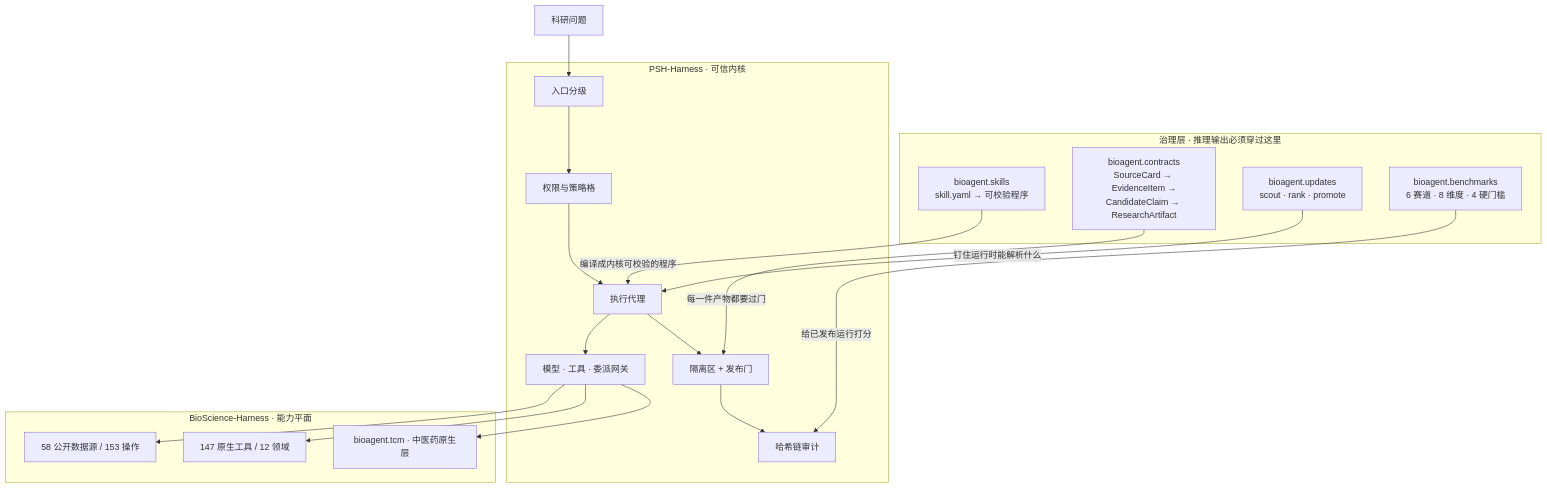
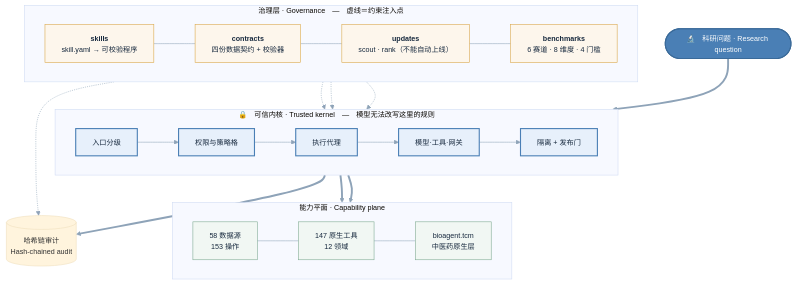
The first of 2 diagrams in README.md (rachael1216/TCMScience), drawn with Mermaid before and after one commit. The commit also changed other lines of this file, not shown here.

First line of the commit message:
Lead with the authors, and redraw the architecture diagram

````diff
--- a/README.md
+++ b/README.md
@@ -143,36 +153,44 @@
 ```mermaid
+%%{init: {"theme":"base","themeVariables":{"fontFamily":"Inter, -apple-system, sans-serif","fontSize":"13px","lineColor":"#8ea3b8"}}}%%
 flowchart TB
-    U["科研问题"]
+    Q(["🔬　科研问题 · Research question"])
 
-    subgraph GOV["治理层 · 推理输出必须穿过这里"]
-        SKILLS["bioagent.skills<br/>skill.yaml → 可校验程序"]
-        CONTRACTS["bioagent.contracts<br/>SourceCard → EvidenceItem →<br/>CandidateClaim → ResearchArtifact"]
-        UPDATES["bioagent.updates<br/>scout · rank · promote"]
-        BENCH["bioagent.benchmarks<br/>6 赛道 · 8 维度 · 4 硬门槛"]
+    subgraph GOV["治理层 · Governance　—　虚线＝约束注入点"]
+        direction LR
+        G1["<b>skills</b><br/>skill.yaml → 可校验程序"]
+        G2["<b>contracts</b><br/>四份数据契约 + 校验器"]
+        G3["<b>updates</b><br/>scout · rank（不能自动上线）"]
+        G4["<b>benchmarks</b><br/>6 赛道 · 8 维度 · 4 门槛"]
+        G1 --- G2 --- G3 --- G4
     end
 
-    subgraph PSH["PSH-Harness · 可信内核"]
-        ING["入口分级"]
-        AUTH["权限与策略格"]
-        BROKER["执行代理"]
-        GATE["模型 · 工具 · 委派网关"]
-        Q["隔离区 + 发布门"]
-        AUDIT["哈希链审计"]
+    subgraph PSH["🔒　可信内核 · Trusted kernel　—　模型无法改写这里的规则"]
+        direction LR
+        P1["入口分级"] --> P2["权限与策略格"] --> P3["执行代理"] --> P4["模型·工具·网关"] --> P5["隔离 + 发布门"]
     end
 
-    subgraph BIO["BioScience-Harness · 能力平面"]
-        SRC["58 公开数据源 / 153 操作"]
-        TOOL["147 原生工具 / 12 领域"]
-        TCM["bioagent.tcm · 中医药原生层"]
+    subgraph BIO["能力平面 · Capability plane"]
+        direction LR
+        B1["58 数据源<br/>153 操作"] --- B2["147 原生工具<br/>12 领域"] --- B3["bioagent.tcm<br/>中医药原生层"]
     end
 
-    U --> ING --> AUTH --> BROKER --> GATE
-    SKILLS -->|编译成内核可校验的程序| BROKER
-    CONTRACTS -->|每一件产物都要过门| Q
-    UPDATES -->|钉住运行时能解析什么| BROKER
-    BENCH -->|给已发布运行打分| AUDIT
-    GATE --> SRC
-    GATE --> TOOL
-    GATE --> TCM
-    BROKER --> Q --> AUDIT
+    AUD[("哈希链审计<br/>Hash-chained audit")]
+
+    Q ==> P1
+    P5 ==> AUD
+    P4 ==> B1
+    P4 ==> B2
+    G1 -.-> P3
+    G2 -.-> P5
+    G3 -.-> P3
+    G4 -.-> AUD
+
+    classDef k fill:#e7f0fb,stroke:#4a7fb5,stroke-width:2px,color:#16283d
+    classDef b fill:#f1f7f3,stroke:#7aa78e,stroke-width:1px,color:#16283d
+    classDef g fill:#fdf6ec,stroke:#d9a441,stroke-width:1px,color:#16283d
+    classDef e fill:#4a7fb5,stroke:#3a6a99,stroke-width:2px,color:#ffffff
+    class P1,P2,P3,P4,P5 k
+    class B1,B2,B3 b
+    class G1,G2,G3,G4 g
+    class Q e
 ```
````
